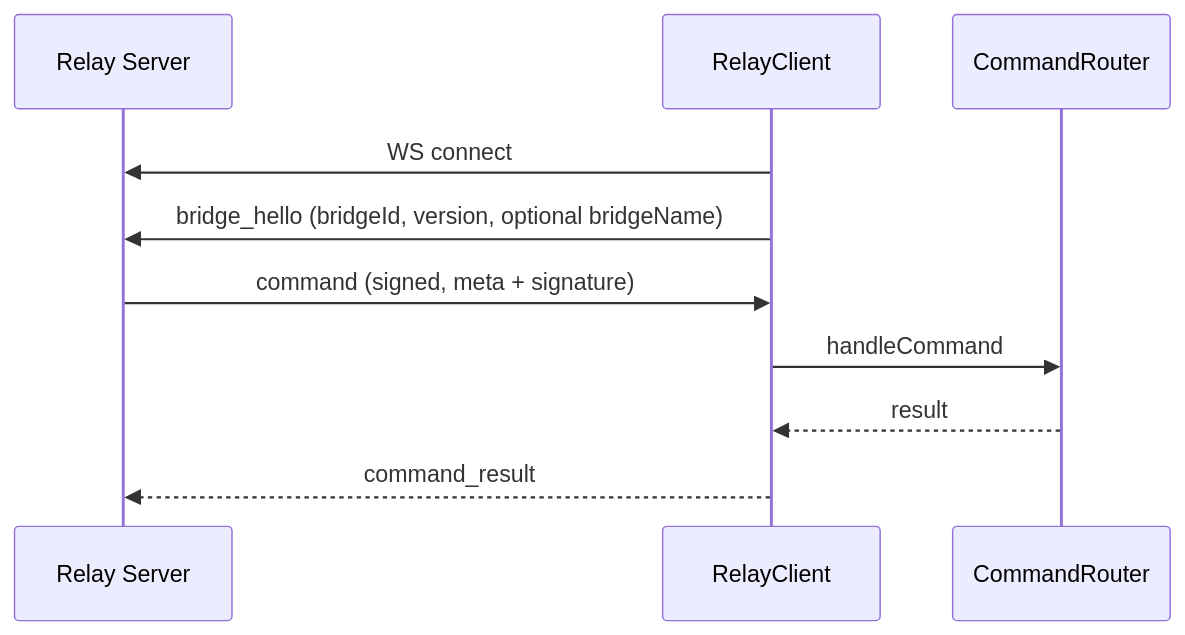
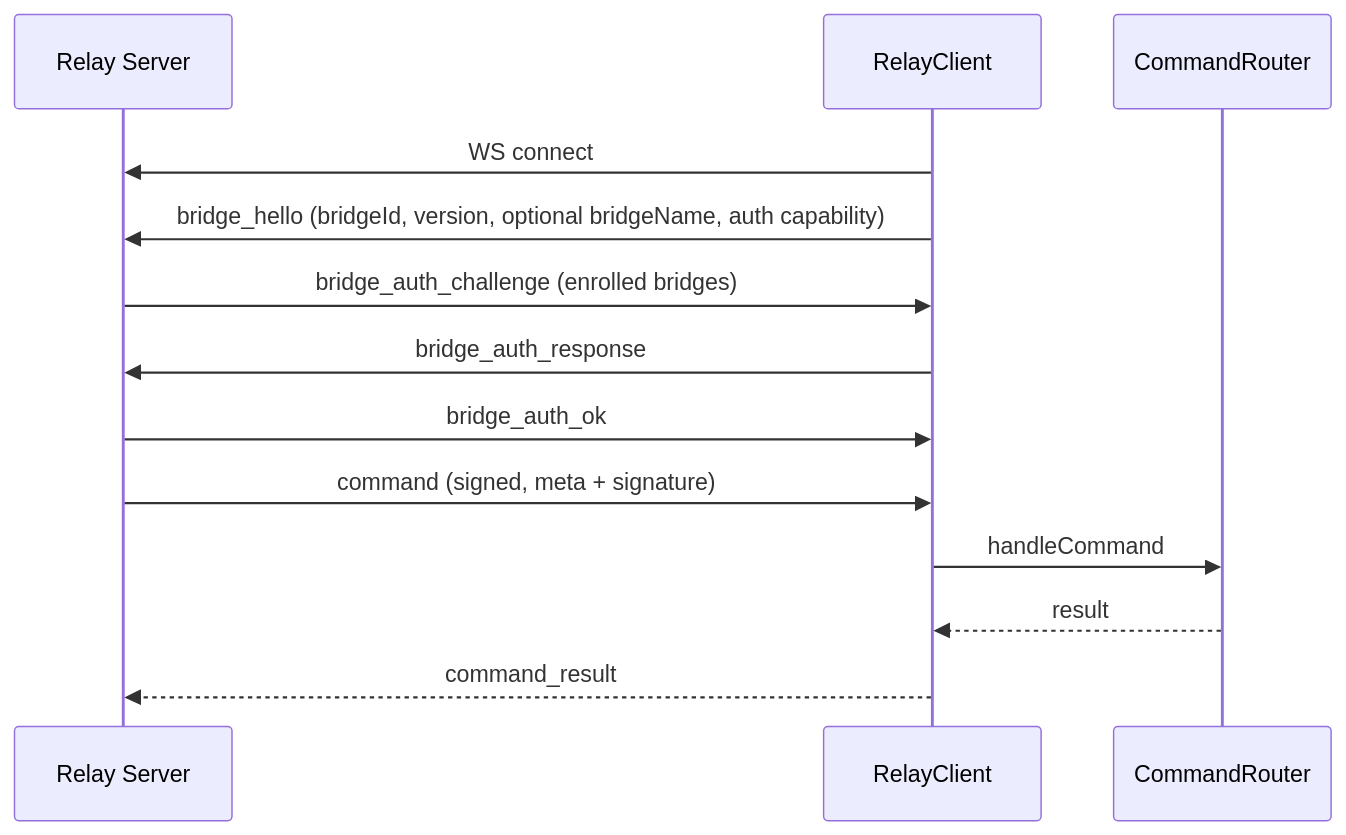
Before and after one commit to pivotrecruiting/broadify-bridge: the diagram in docs/integration/flows/relay-flow.md, drawn with Mermaid. The commit also changed other lines of this file and 7 other files, not shown here.

````diff
--- a/docs/integration/flows/relay-flow.md
+++ b/docs/integration/flows/relay-flow.md
@@ -7,13 +7,16 @@
 ```mermaid
 sequenceDiagram
   participant Relay as Relay Server
   participant Bridge as RelayClient
   participant Router as CommandRouter
 
   Bridge->>Relay: WS connect
-  Bridge->>Relay: bridge_hello (bridgeId, version, optional bridgeName)
+  Bridge->>Relay: bridge_hello (bridgeId, version, optional bridgeName, auth capability)
+  Relay->>Bridge: bridge_auth_challenge (enrolled bridges)
+  Bridge->>Relay: bridge_auth_response
+  Relay->>Bridge: bridge_auth_ok
   Relay->>Bridge: command (signed, meta + signature)
   Bridge->>Router: handleCommand
   Router-->>Bridge: result
   Bridge-->>Relay: command_result
 ```
````
